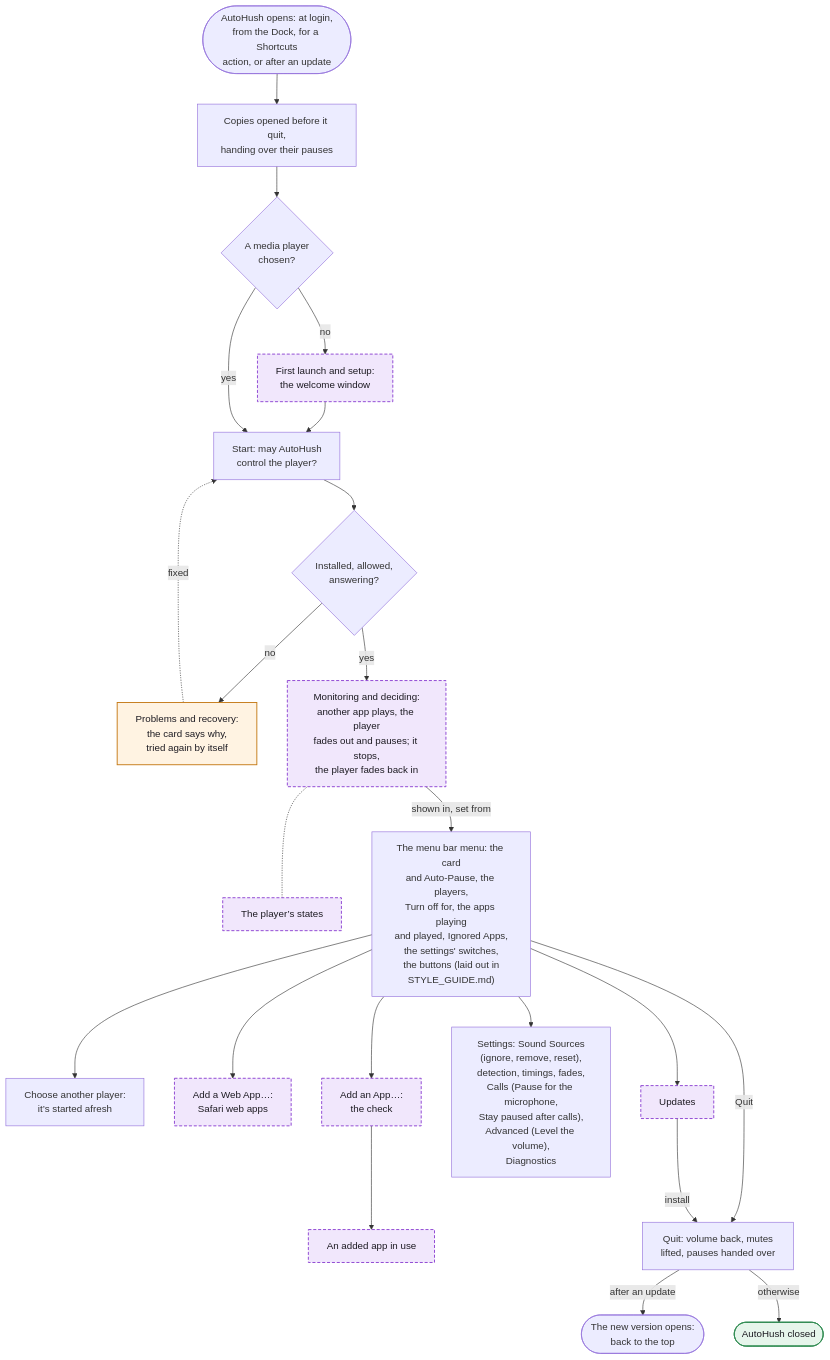
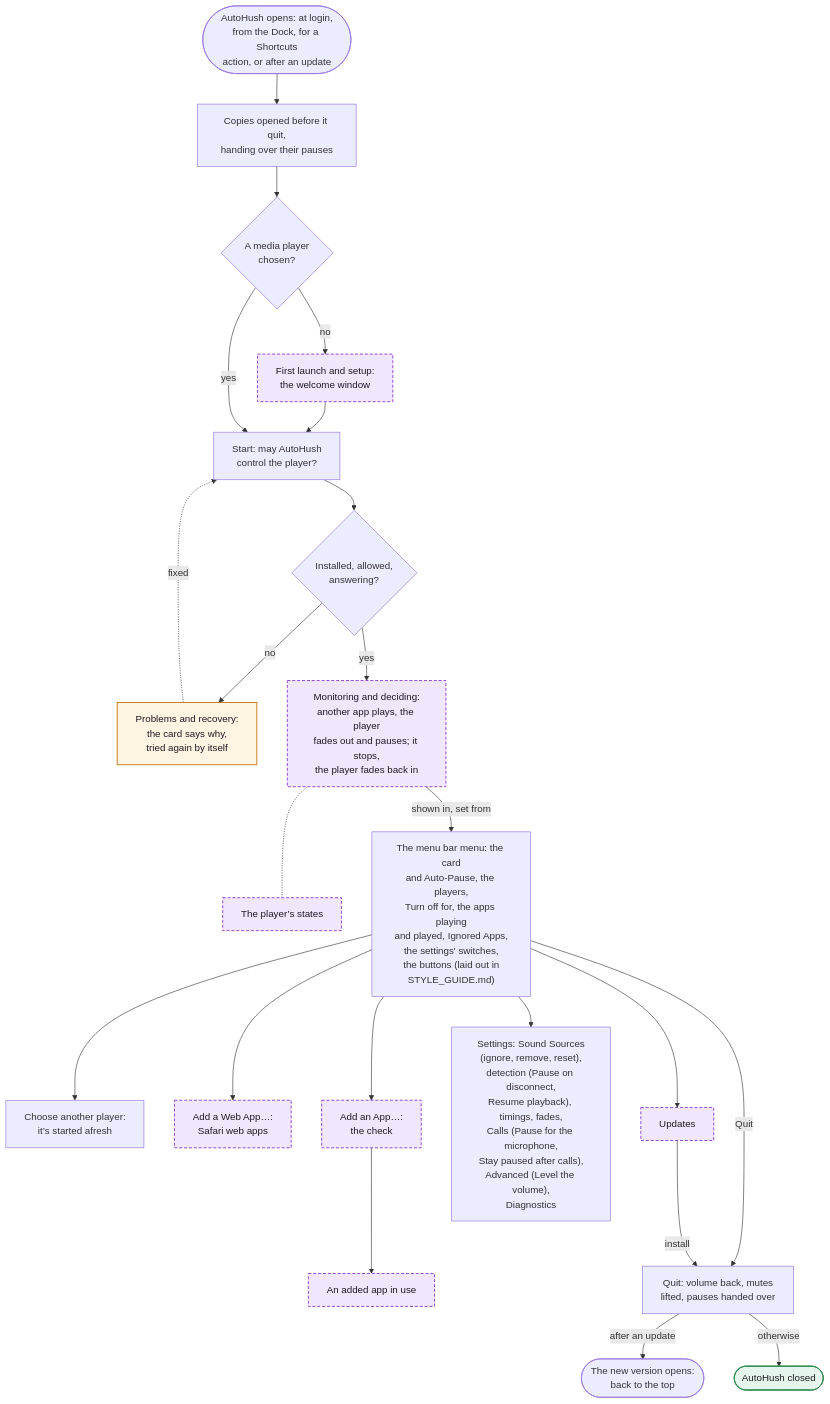
One commit to hfustercabre/AutoHush changed the first of 14 diagrams in WORKFLOWS.md. Above: the diagram before and after it, drawn with Mermaid. The commit also changed other lines of this file and 22 other files, not shown here.

First line of the commit message:
feat: Resume playback, a switch to only pause

````diff
--- a/WORKFLOWS.md
+++ b/WORKFLOWS.md
@@ -24,48 +24,48 @@
 ```mermaid
 flowchart TD
   L(["AutoHush opens: at login,<br/>from the Dock, for a Shortcuts<br/>action, or after an update"])
   O["Copies opened before it quit,<br/>handing over their pauses"]
   C{"A media player<br/>chosen?"}
   W["First launch and setup:<br/>the welcome window"]
   S["Start: may AutoHush<br/>control the player?"]
   P{"Installed, allowed,<br/>answering?"}
   R["Problems and recovery:<br/>the card says why,<br/>tried again by itself"]
   M["Monitoring and deciding:<br/>another app plays, the player<br/>fades out and pauses; it stops,<br/>the player fades back in"]
   ST["The player’s states"]
   MENU["The menu bar menu: the card<br/>and Auto-Pause, the players,<br/>Turn off for, the apps playing<br/>and played, Ignored Apps,<br/>the settings' switches,<br/>the buttons (laid out in<br/>STYLE_GUIDE.md)"]
   CH["Choose another player:<br/>it’s started afresh"]
   WA["Add a Web App…:<br/>Safari web apps"]
   AA["Add an App…:<br/>the check"]
   AU["An added app in use"]
-  SET["Settings: Sound Sources<br/>(ignore, remove, reset),<br/>detection, timings, fades,<br/>Calls (Pause for the microphone,<br/>Stay paused after calls),<br/>Advanced (Level the volume),<br/>Diagnostics"]
+  SET["Settings: Sound Sources<br/>(ignore, remove, reset),<br/>detection (Pause on disconnect,<br/>Resume playback), timings, fades,<br/>Calls (Pause for the microphone,<br/>Stay paused after calls),<br/>Advanced (Level the volume),<br/>Diagnostics"]
   UP["Updates"]
   Q["Quit: volume back, mutes<br/>lifted, pauses handed over"]
   RL(["The new version opens:<br/>back to the top"])
   QX(["AutoHush closed"])
 
   L --> O --> C
   C -->|"no"| W --> S
   C -->|"yes"| S
   S --> P
   P -->|"no"| R
   R -.->|"fixed"| S
   P -->|"yes"| M
   M -.- ST
   M -->|"shown in, set from"| MENU
   MENU --> CH
   MENU --> WA
   MENU --> AA --> AU
   MENU --> SET
   MENU --> UP
   MENU -->|"Quit"| Q
   UP -->|"install"| Q
   Q -->|"after an update"| RL
   Q -->|"otherwise"| QX
 
   class W,M,ST,WA,AA,AU,UP ref
   class R warn
   class QX done
   classDef ref fill:#f1e7fc,stroke:#8a3fd1,stroke-width:1.5px,stroke-dasharray: 5 3,color:#1d1b22
   classDef warn fill:#fff3e2,stroke:#c47812,stroke-width:1.5px,color:#1d1b22
   classDef done fill:#e6f5eb,stroke:#2f8a50,stroke-width:1.5px,color:#1d1b22
 ```
````
